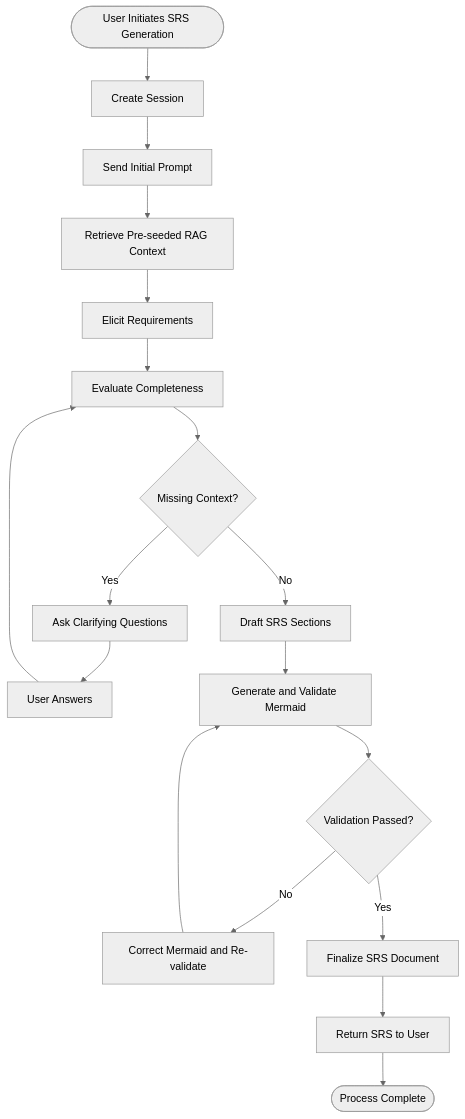
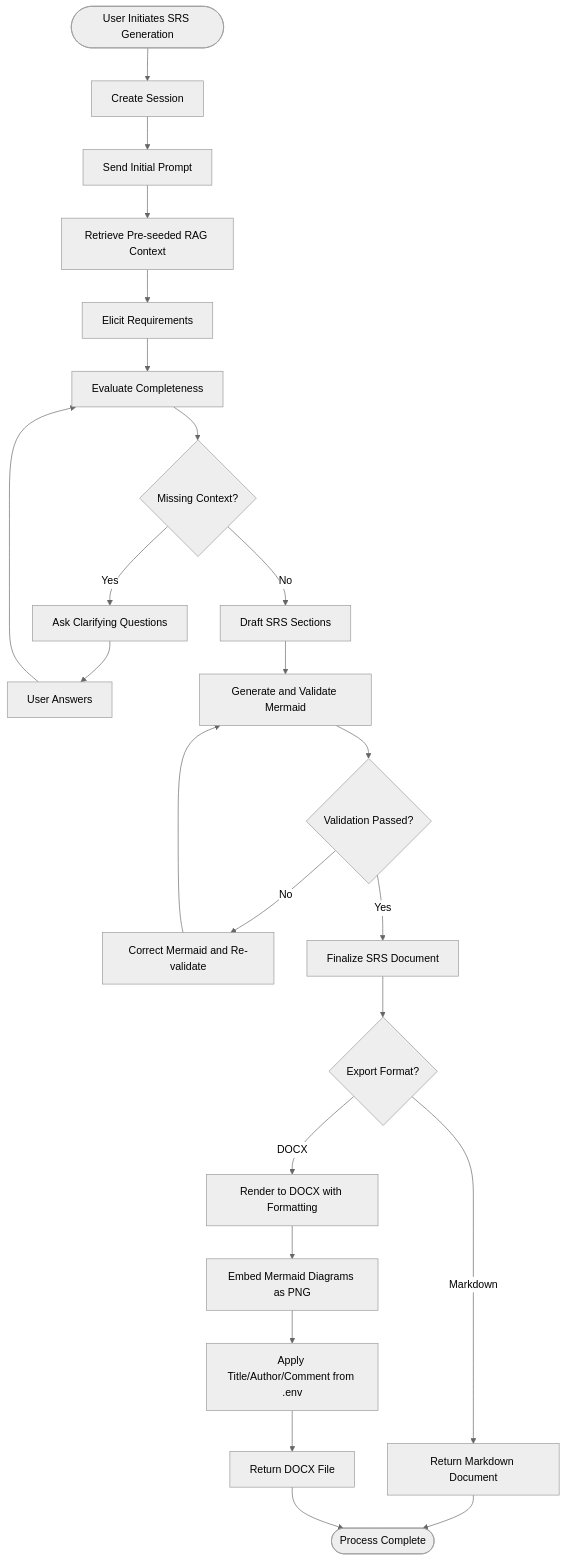
The diagram in documentation/activity_diagram.md (Ta1al/automated-SRS-generator), drawn with Mermaid (neutral theme) before and after one commit. The commit also changed other lines of this file and 3 other files, not shown here.

Commit message:
feat: update documentation to include DOCX export process and related components

````diff
--- a/documentation/activity_diagram.md
+++ b/documentation/activity_diagram.md
@@ -5,20 +5,26 @@
 ```mermaid
 flowchart TD
     Start([User Initiates SRS Generation]) --> CreateSession[Create Session]
     CreateSession --> SendPrompt[Send Initial Prompt]
     SendPrompt --> RetrieveContext[Retrieve Pre-seeded RAG Context]
     RetrieveContext --> ElicitReqs[Elicit Requirements]
     ElicitReqs --> Evaluate[Evaluate Completeness]
     Evaluate --> NeedsMore{Missing Context?}
     NeedsMore -->|Yes| AskQuestions[Ask Clarifying Questions]
     AskQuestions --> UserAnswers[User Answers]
     UserAnswers --> Evaluate
     NeedsMore -->|No| DraftSRS[Draft SRS Sections]
     DraftSRS --> ValidateMermaid[Generate and Validate Mermaid]
     ValidateMermaid --> FixNeeded{Validation Passed?}
     FixNeeded -->|No| Refine[Correct Mermaid and Re-validate]
     Refine --> ValidateMermaid
     FixNeeded -->|Yes| GenerateSRS[Finalize SRS Document]
-    GenerateSRS --> ReturnSRS[Return SRS to User]
-    ReturnSRS --> End([Process Complete])
+    GenerateSRS --> ExportChoice{Export Format?}
+    ExportChoice -->|Markdown| ReturnMarkdown[Return Markdown Document]
+    ExportChoice -->|DOCX| RenderDocx[Render to DOCX with Formatting]
+    RenderDocx --> EmbedDiagrams[Embed Mermaid Diagrams as PNG]
+    EmbedDiagrams --> ApplyMetadata[Apply Title/Author/Comment from .env]
+    ApplyMetadata --> ReturnDocx[Return DOCX File]
+    ReturnMarkdown --> End([Process Complete])
+    ReturnDocx --> End
 ```
````
